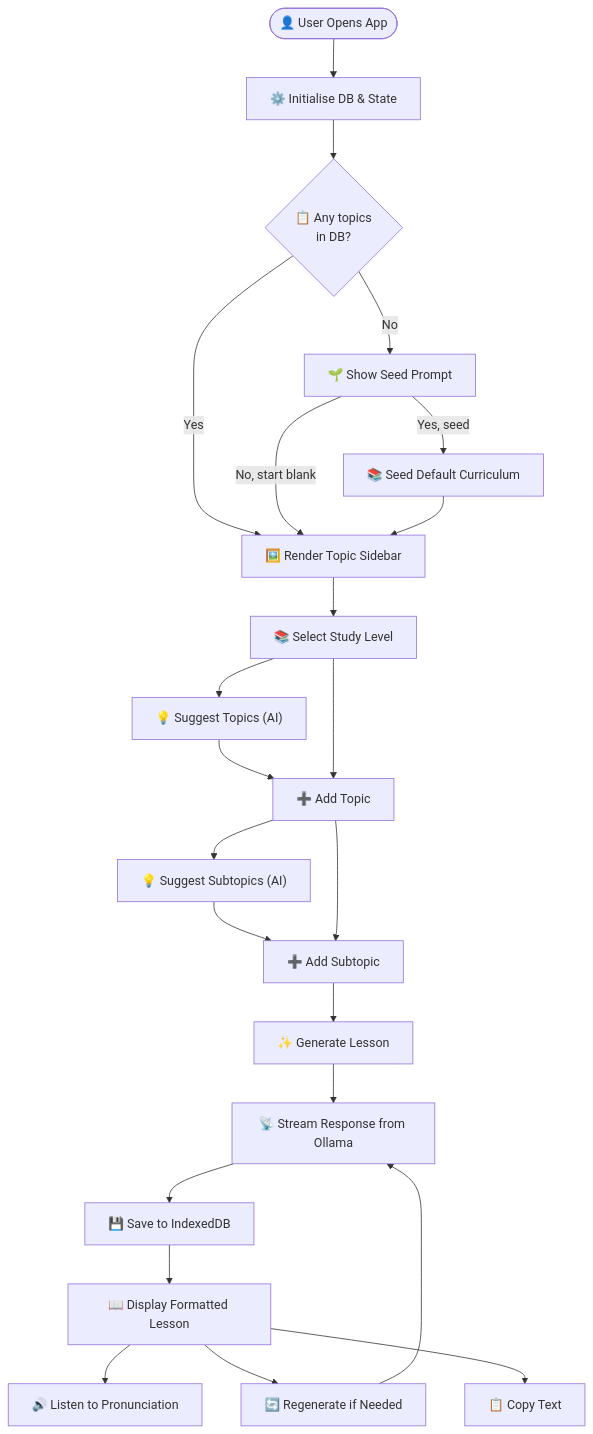
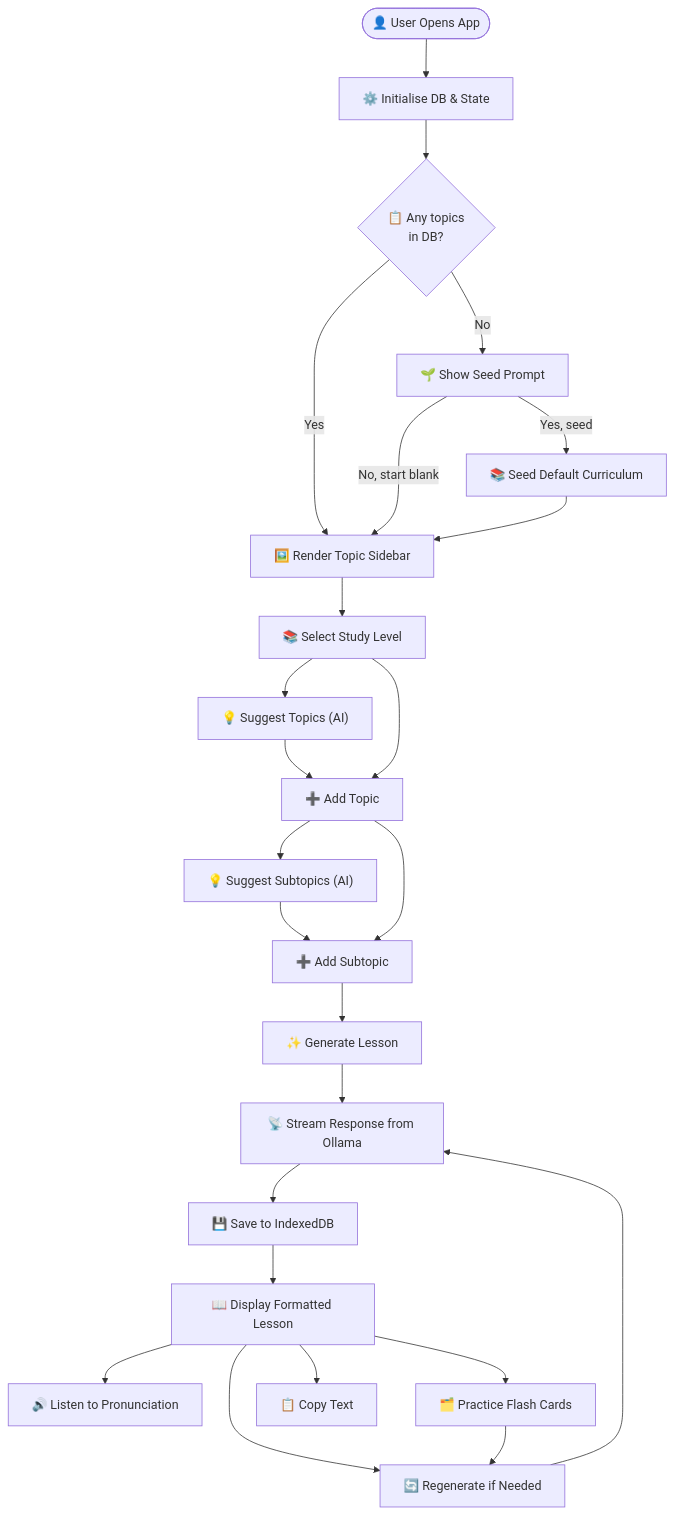
One commit to alangarrod/Spanish-Tutor changed the third of 4 diagrams in README.md. Above: the diagram before and after it, drawn with Mermaid. The commit also changed other lines of this file and 1 other file, not shown here.

````diff
--- a/README.md
+++ b/README.md
@@ -109,25 +110,27 @@
 ```mermaid
 flowchart TD
     Start(["👤 User Opens App"]) --> Init["⚙️ Initialise DB & State"]
     Init --> EmptyCheck{"📋 Any topics<br/>in DB?"}
     EmptyCheck -->|"Yes"| Render["🖼️ Render Topic Sidebar"]
     EmptyCheck -->|"No"| SeedPrompt["🌱 Show Seed Prompt"]
     SeedPrompt -->|"Yes, seed"| SeedCurriculum["📚 Seed Default Curriculum"]
     SeedPrompt -->|"No, start blank"| Render
     SeedCurriculum --> Render
     Render --> SelectLevel["📚 Select Study Level"]
     SelectLevel --> SuggestTopic["💡 Suggest Topics (AI)"]
     SuggestTopic --> AddTopic["➕ Add Topic"]
     SelectLevel --> AddTopic
     AddTopic --> SuggestSubtopic["💡 Suggest Subtopics (AI)"]
     SuggestSubtopic --> AddSubtopic["➕ Add Subtopic"]
     AddTopic --> AddSubtopic
     AddSubtopic --> Generate["✨ Generate Lesson"]
     Generate --> Streaming["📡 Stream Response from Ollama"]
     Streaming --> Save["💾 Save to IndexedDB"]
     Save --> Display["📖 Display Formatted Lesson"]
     Display --> Listen["🔊 Listen to Pronunciation"]
+    Display --> Flashcards["🗂️ Practice Flash Cards"]
     Display --> Regenerate["🔄 Regenerate if Needed"]
+    Flashcards --> Regenerate
     Regenerate --> Streaming
     Display --> Copy["📋 Copy Text"]
 ```
````
